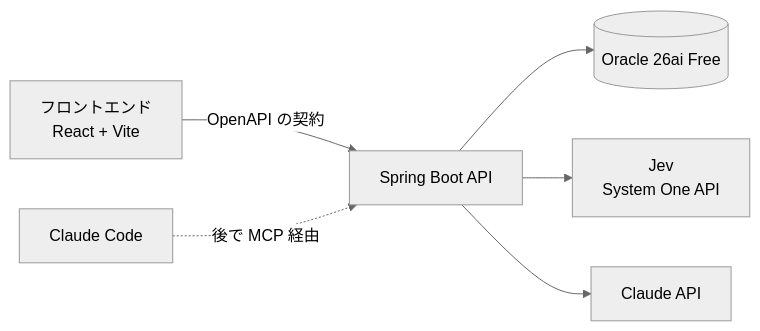
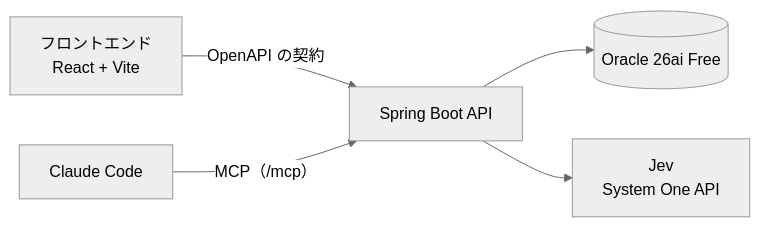
One commit to AkiraIsozaki/hamon changed the second of 2 diagrams in docs/IDEAS.md. Above: the diagram before and after it, drawn with Mermaid (neutral theme). The commit also changed other lines of this file and 11 other files, not shown here.

First line of the commit message:
Phase 6: Spring AI の MCP サーバーで survey_impact / analyze_sources を Claude Code に公開（ADR-0006）

````diff
--- a/docs/IDEAS.md
+++ b/docs/IDEAS.md
@@ -61,8 +61,7 @@
 ```mermaid
 flowchart LR
   FE[フロントエンド<br/>React + Vite] -- OpenAPI の契約 --> API[Spring Boot API]
   API --> DB[(Oracle 26ai Free)]
   API --> JEV[Jev<br/>System One API]
-  API --> CL[Claude API]
-  CC[Claude Code] -. 後で MCP 経由 .-> API
+  CC[Claude Code] -- MCP（/mcp） --> API
 ```
````
